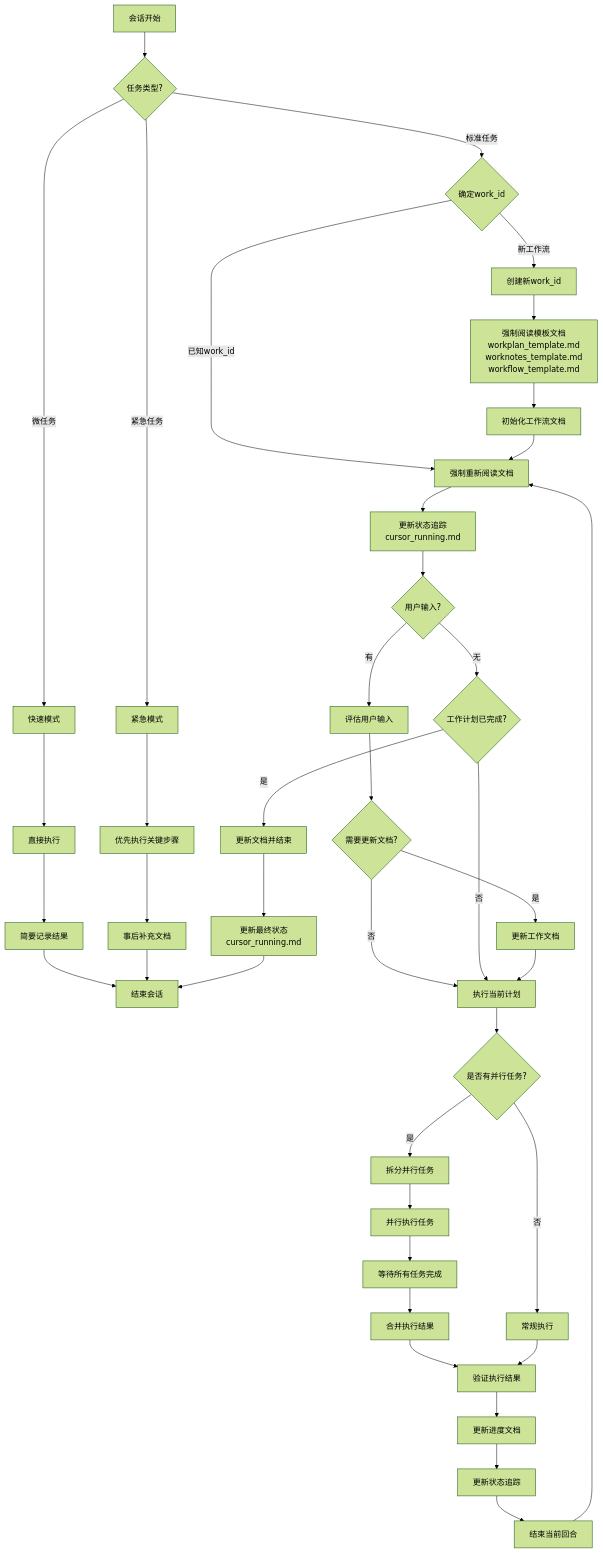
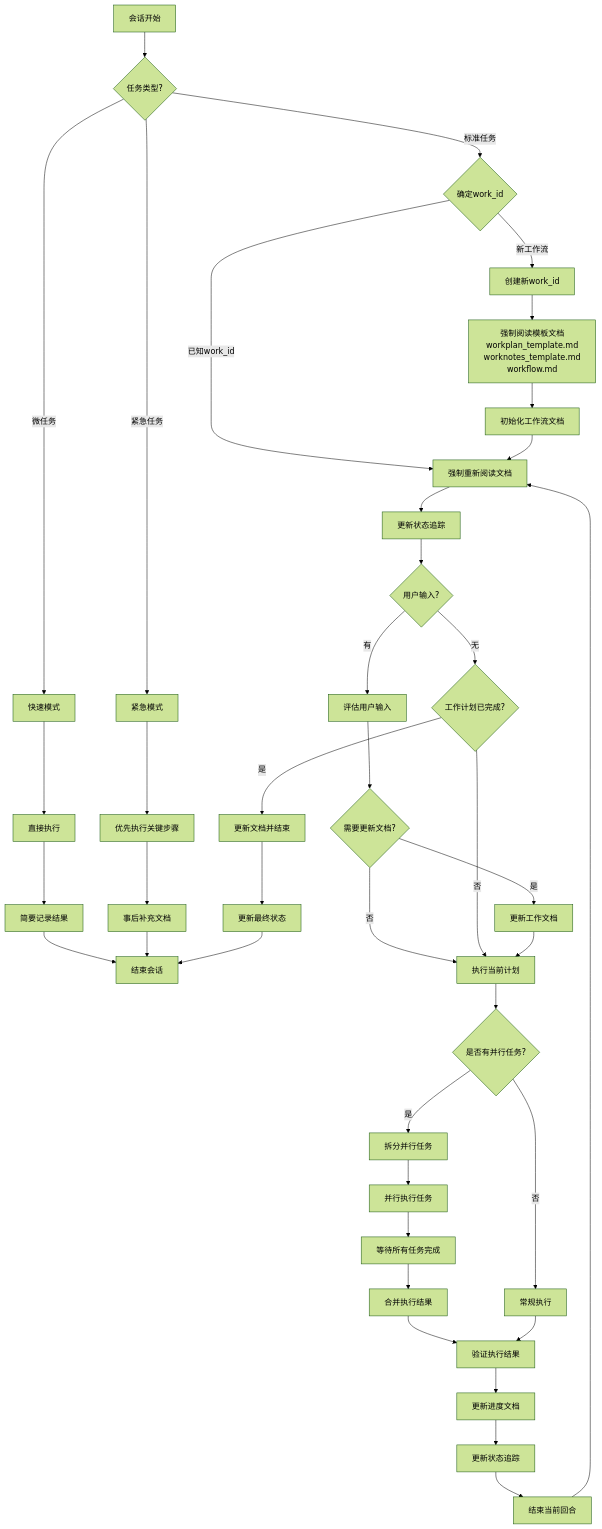
One commit to wanjochan/self-evolve-ai changed the first of 2 diagrams in docs/workflow.md. Above: the diagram before and after it, drawn with Mermaid (forest theme). The commit also changed other lines of this file and 3 other files, not shown here.

````diff
--- a/docs/workflow.md
+++ b/docs/workflow.md
@@ -7,52 +7,52 @@
 ```mermaid
 flowchart TD
     Start[会话开始] --> TaskType{任务类型?}
     TaskType -->|标准任务| CheckWorkId{确定work_id}
     TaskType -->|微任务| QuickMode[快速模式]
     TaskType -->|紧急任务| UrgentMode[紧急模式]
 
     QuickMode --> SimpleExecute[直接执行]
     SimpleExecute --> QuickLog[简要记录结果]
     QuickLog --> End[结束会话]
 
     UrgentMode --> UrgentExecute[优先执行关键步骤]
     UrgentExecute --> PostActionDoc[事后补充文档]
     PostActionDoc --> End
 
     CheckWorkId --> |已知work_id| ReadDocs[强制重新阅读文档]
     CheckWorkId --> |新工作流| CreateWorkId[创建新work_id]
-    CreateWorkId --> ReadTemplates[强制阅读模板文档<br/>workplan_template.md<br/>worknotes_template.md<br/>workflow_template.md]
+    CreateWorkId --> ReadTemplates[强制阅读模板文档<br/>workplan_template.md<br/>worknotes_template.md<br/>workflow.md]
     ReadTemplates --> InitDocs[初始化工作流文档]
     InitDocs --> ReadDocs
 
-    ReadDocs --> UpdateStatus[更新状态追踪<br/>cursor_running.md]
+    ReadDocs --> UpdateStatus[更新状态追踪]
     UpdateStatus --> CheckInput{用户输入?}
 
     CheckInput -->|有| EvaluateInput[评估用户输入]
     EvaluateInput --> UpdateNeeded{需要更新文档?}
     UpdateNeeded -->|是| UpdateDocs[更新工作文档]
     UpdateNeeded -->|否| ExecutePlan[执行当前计划]
 
     CheckInput -->|无| CheckCompletion{工作计划已完成?}
     CheckCompletion -->|是| FinalUpdate[更新文档并结束]
     CheckCompletion -->|否| ExecutePlan[执行当前计划]
 
     UpdateDocs --> ExecutePlan
     ExecutePlan --> CheckParallel{是否有并行任务?}
     CheckParallel -->|是| SplitTasks[拆分并行任务]
     SplitTasks --> ExecuteParallel[并行执行任务]
     ExecuteParallel --> WaitComplete[等待所有任务完成]
     WaitComplete --> MergeResults[合并执行结果]
     MergeResults --> VerifyExecution[验证执行结果]
 
     CheckParallel -->|否| NormalExecute[常规执行]
     NormalExecute --> VerifyExecution
 
     VerifyExecution --> UpdateProgress[更新进度文档]
     UpdateProgress --> UpdateStatusTrack[更新状态追踪]
     UpdateStatusTrack --> NextCycle[结束当前回合]
     NextCycle --> ReadDocs
 
-    FinalUpdate --> UpdateFinalStatus[更新最终状态<br/>cursor_running.md]
+    FinalUpdate --> UpdateFinalStatus[更新最终状态]
     UpdateFinalStatus --> End
 ```
````
